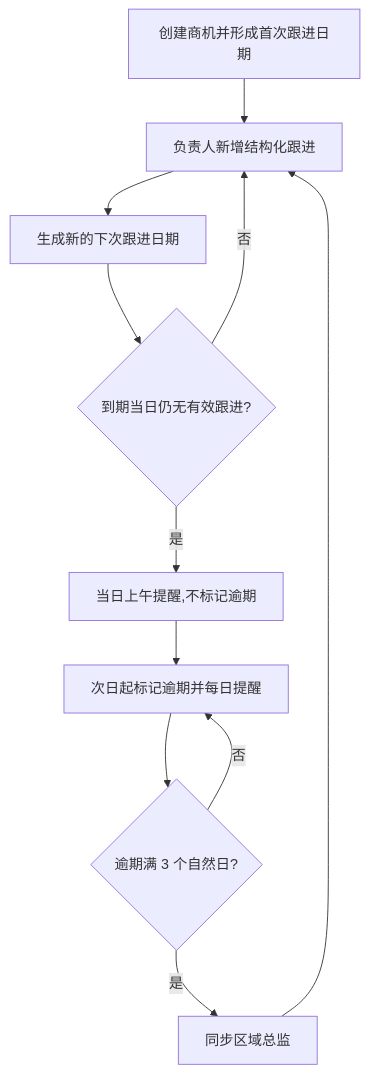
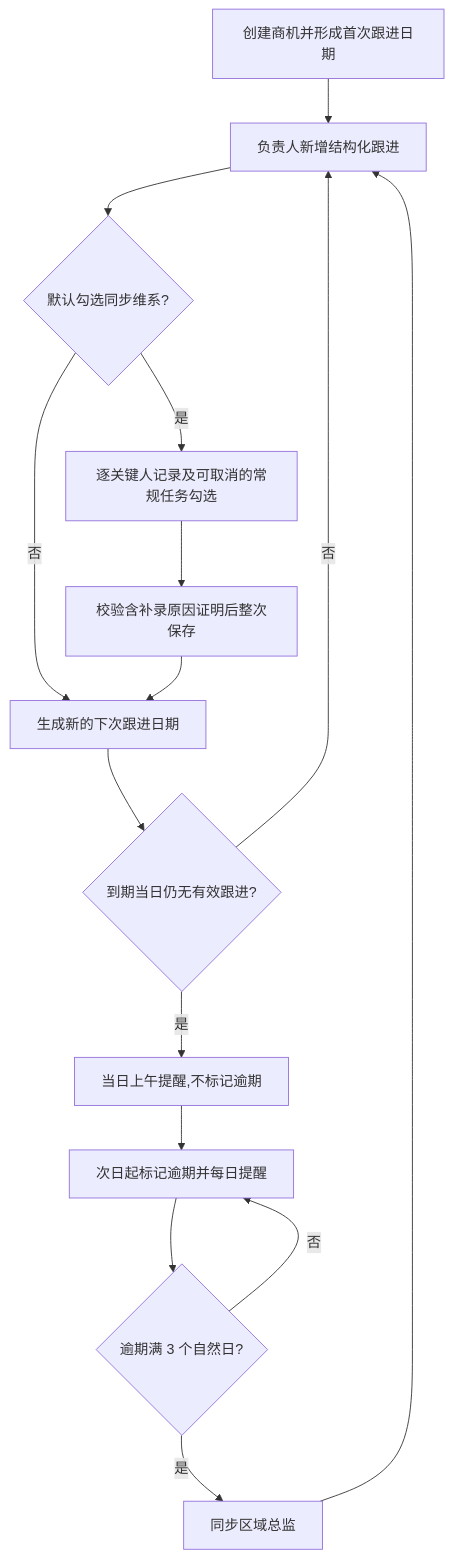
The third of 4 diagrams in prd-workspace/current/user-flows/FLOW-17-M12-sales-opportunity.md (Joker-1030/Yingjia-Internal-Management-System), drawn with Mermaid before and after one commit. The commit also changed other lines of this file and 59 other files, not shown here.

````diff
--- a/prd-workspace/current/user-flows/FLOW-17-M12-sales-opportunity.md
+++ b/prd-workspace/current/user-flows/FLOW-17-M12-sales-opportunity.md
@@ -66,13 +68,17 @@
 ```mermaid
 flowchart TD
     A[创建商机并形成首次跟进日期] --> B[负责人新增结构化跟进]
-    B --> C[生成新的下次跟进日期]
+    B --> S{默认勾选同步维系?}
+    S -- 否 --> C[生成新的下次跟进日期]
+    S -- 是 --> T[逐关键人记录及可取消的常规任务勾选]
+    T --> U[校验含补录原因证明后整次保存]
+    U --> C
     C --> D{到期当日仍无有效跟进?}
     D -- 否 --> B
     D -- 是 --> E[当日上午提醒,不标记逾期]
     E --> F[次日起标记逾期并每日提醒]
     F --> G{逾期满 3 个自然日?}
     G -- 是 --> H[同步区域总监]
     G -- 否 --> F
     H --> B
 ```
````
